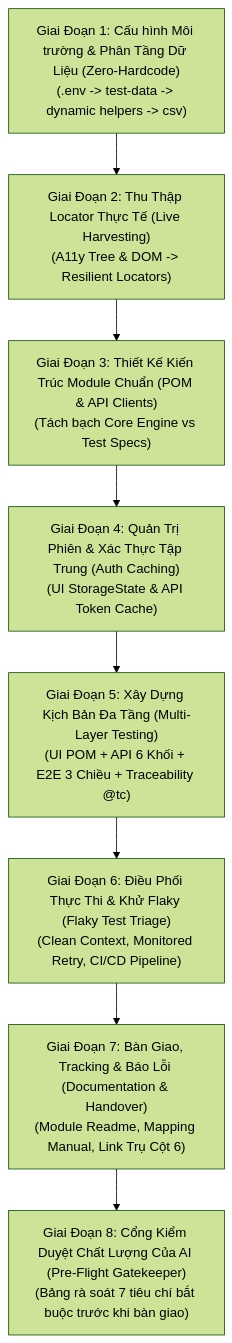
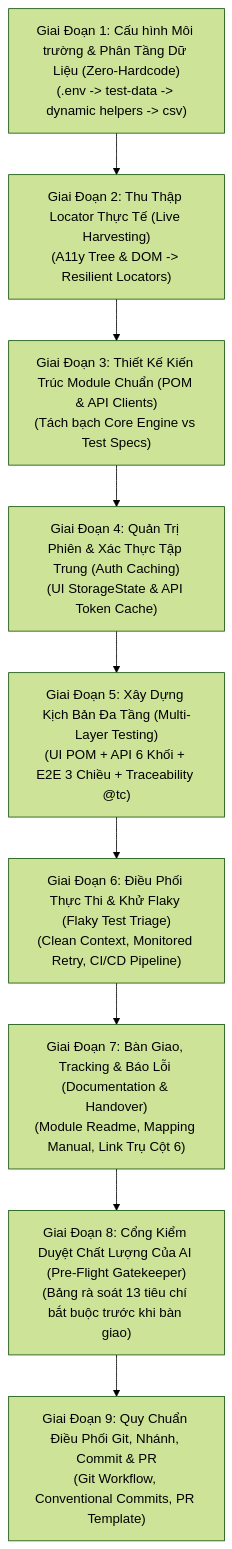
One commit to leo1133/SurrealDoll changed the first of 5 diagrams in Universal_Rules/05_automation_test_rule.md. Above: the diagram before and after it, drawn with Mermaid (forest theme). The commit also changed other lines of this file and 27 other files, not shown here.

````diff
--- a/Universal_Rules/05_automation_test_rule.md
+++ b/Universal_Rules/05_automation_test_rule.md
@@ -20,10 +20,11 @@
 ```mermaid
 flowchart TD
     G1["Giai Đoạn 1: Cấu hình Môi trường & Phân Tầng Dữ Liệu (Zero-Hardcode)<br>(.env -> test-data -> dynamic helpers -> csv)"] --> G2["Giai Đoạn 2: Thu Thập Locator Thực Tế (Live Harvesting)<br>(A11y Tree & DOM -> Resilient Locators)"]
     G2 --> G3["Giai Đoạn 3: Thiết Kế Kiến Trúc Module Chuẩn (POM & API Clients)<br>(Tách bạch Core Engine vs Test Specs)"]
     G3 --> G4["Giai Đoạn 4: Quản Trị Phiên & Xác Thực Tập Trung (Auth Caching)<br>(UI StorageState & API Token Cache)"]
     G4 --> G5["Giai Đoạn 5: Xây Dựng Kịch Bản Đa Tầng (Multi-Layer Testing)<br>(UI POM + API 6 Khối + E2E 3 Chiều + Traceability @tc)"]
     G5 --> G6["Giai Đoạn 6: Điều Phối Thực Thi & Khử Flaky (Flaky Test Triage)<br>(Clean Context, Monitored Retry, CI/CD Pipeline)"]
     G6 --> G7["Giai Đoạn 7: Bàn Giao, Tracking & Báo Lỗi (Documentation & Handover)<br>(Module Readme, Mapping Manual, Link Trụ Cột 6)"]
-    G7 --> G8["Giai Đoạn 8: Cổng Kiểm Duyệt Chất Lượng Của AI (Pre-Flight Gatekeeper)<br>(Bảng rà soát 7 tiêu chí bắt buộc trước khi bàn giao)"]
+    G7 --> G8["Giai Đoạn 8: Cổng Kiểm Duyệt Chất Lượng Của AI (Pre-Flight Gatekeeper)<br>(Bảng rà soát 13 tiêu chí bắt buộc trước khi bàn giao)"]
+    G8 --> G9["Giai Đoạn 9: Quy Chuẩn Điều Phối Git, Nhánh, Commit & PR<br>(Git Workflow, Conventional Commits, PR Template)"]
 ```
````
